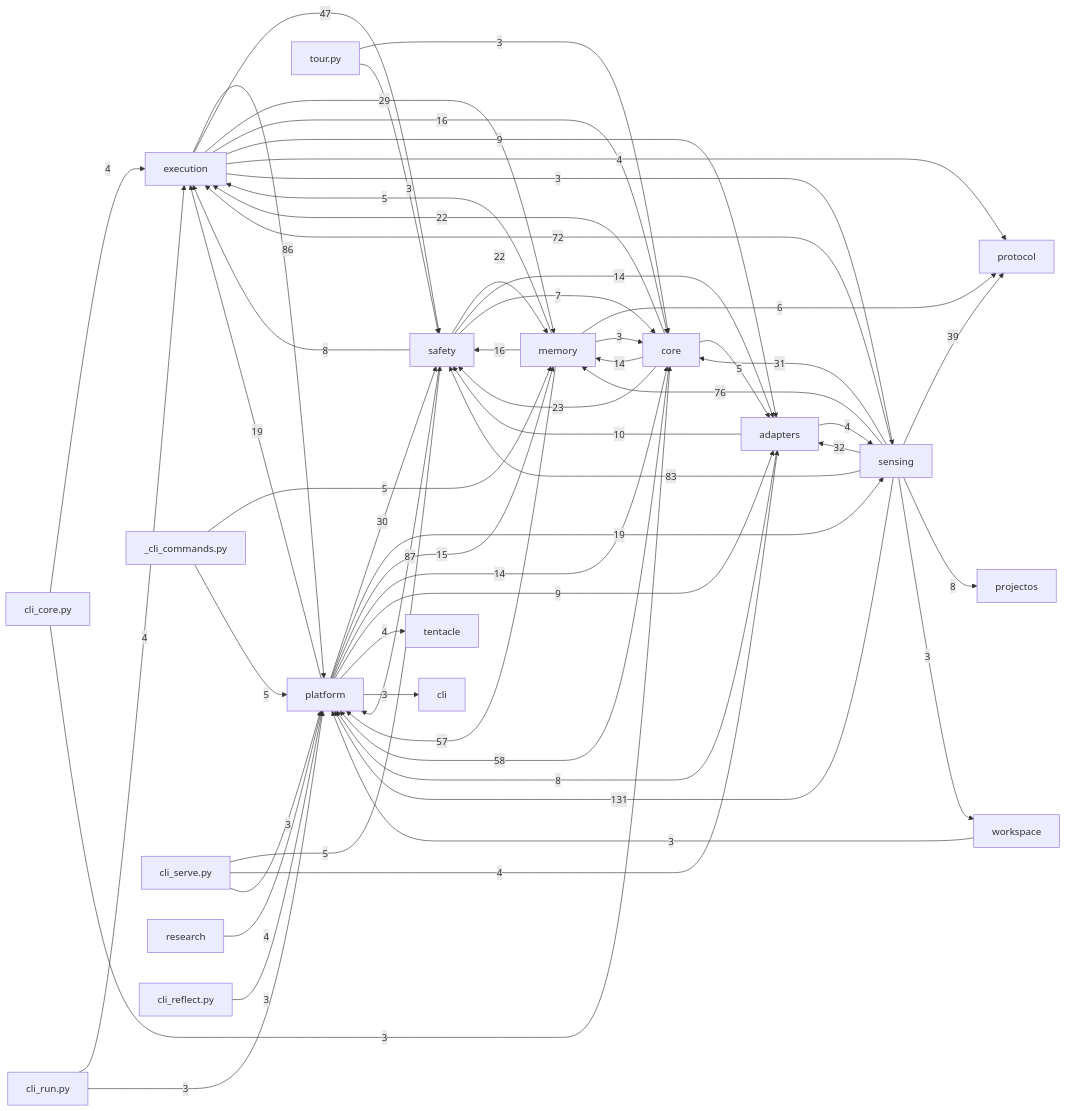
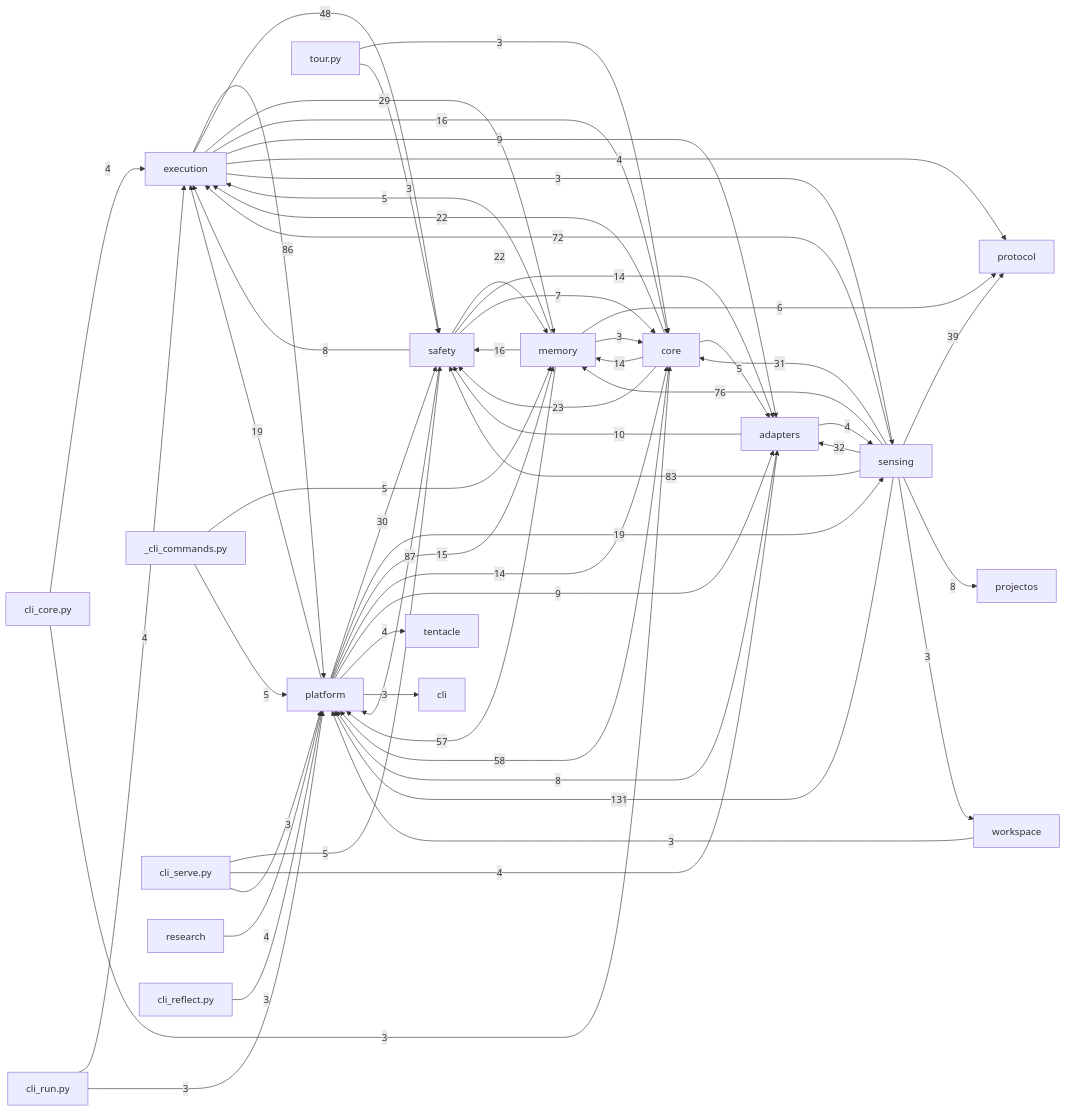
One commit to dengdenghua/octopus-agent changed the diagram in docs/auto/20-backend/index.md. Above: the diagram before and after it, drawn with Mermaid. The commit also changed 11 other files, not shown here.

````diff
--- a/docs/auto/20-backend/index.md
+++ b/docs/auto/20-backend/index.md
@@ -26,66 +26,66 @@
 ```mermaid
 graph LR
   execution[execution]
   core[core]
   safety[safety]
   memory[memory]
   sensing[sensing]
   adapters[adapters]
   platform[platform]
   sensing -- 131 --> platform
   safety -- 87 --> platform
   execution -- 86 --> platform
   sensing -- 83 --> safety
   sensing -- 76 --> memory
   sensing -- 72 --> execution
   core -- 58 --> platform
   memory -- 57 --> platform
-  execution -- 47 --> safety
+  execution -- 48 --> safety
   sensing -- 39 --> protocol
   sensing -- 32 --> adapters
   sensing -- 31 --> core
   platform -- 30 --> safety
   execution -- 29 --> memory
   core -- 23 --> safety
   core -- 22 --> execution
   safety -- 22 --> memory
   platform -- 19 --> execution
   platform -- 19 --> sensing
   execution -- 16 --> core
   memory -- 16 --> safety
   platform -- 15 --> memory
   core -- 14 --> memory
   platform -- 14 --> core
   safety -- 14 --> adapters
   adapters -- 10 --> safety
   execution -- 9 --> adapters
   platform -- 9 --> adapters
   adapters -- 8 --> platform
   safety -- 8 --> execution
   sensing -- 8 --> projectos
   safety -- 7 --> core
   memory -- 6 --> protocol
   _cli_commands.py -- 5 --> memory
   _cli_commands.py -- 5 --> platform
   cli_serve.py -- 5 --> safety
   core -- 5 --> adapters
   memory -- 5 --> execution
   adapters -- 4 --> sensing
   cli_core.py -- 4 --> execution
   cli_run.py -- 4 --> execution
   cli_serve.py -- 4 --> adapters
   execution -- 4 --> protocol
   platform -- 4 --> tentacle
   research -- 4 --> platform
   cli_core.py -- 3 --> core
   cli_reflect.py -- 3 --> platform
   cli_run.py -- 3 --> platform
   cli_serve.py -- 3 --> platform
   execution -- 3 --> sensing
   memory -- 3 --> core
   platform -- 3 --> cli
   sensing -- 3 --> workspace
   tour.py -- 3 --> core
   tour.py -- 3 --> safety
   workspace -- 3 --> platform
 ```
````
